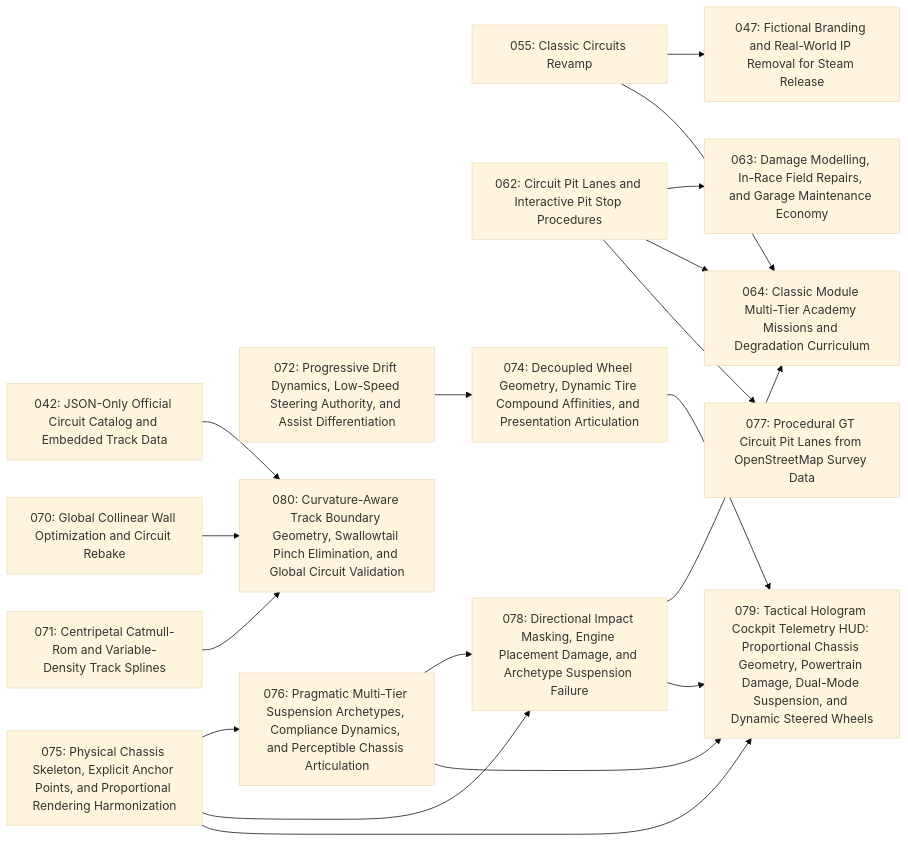
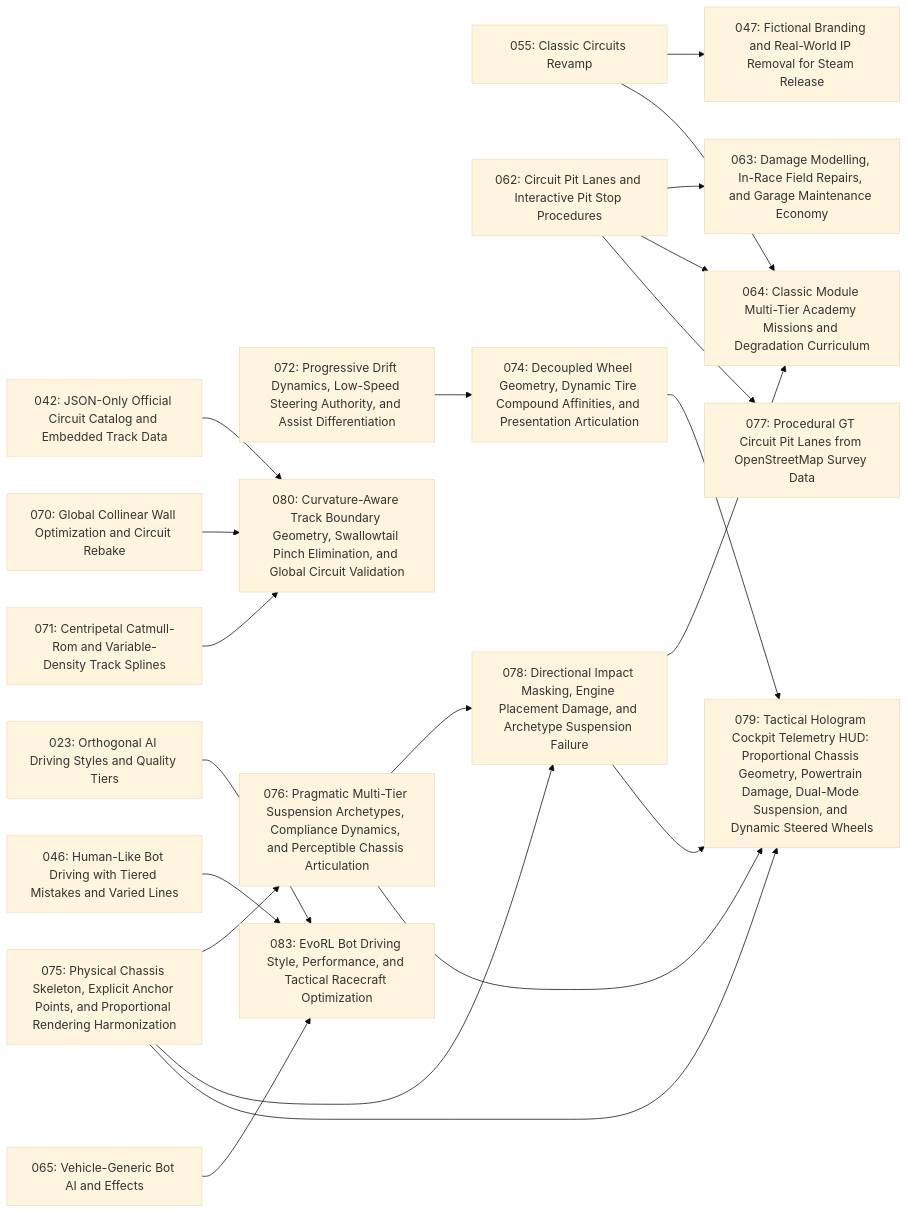
Before and after one commit to magomar/tdrace: the diagram in specs/index.md, drawn with Mermaid (base theme). The commit also changed other lines of this file and 5 other files, not shown here.

````diff
--- a/specs/index.md
+++ b/specs/index.md
@@ -107,36 +108,43 @@
 ```mermaid
 flowchart LR
+    023["023: Orthogonal AI Driving Styles and Quality Tiers"]
     042["042: JSON-Only Official Circuit Catalog and Embedded Track Data"]
+    046["046: Human-Like Bot Driving with Tiered Mistakes and Varied Lines"]
     047["047: Fictional Branding and Real-World IP Removal for Steam Release"]
     055["055: Classic Circuits Revamp"]
     062["062: Circuit Pit Lanes and Interactive Pit Stop Procedures"]
     063["063: Damage Modelling, In-Race Field Repairs, and Garage Maintenance Economy"]
     064["064: Classic Module Multi-Tier Academy Missions and Degradation Curriculum"]
+    065["065: Vehicle-Generic Bot AI and Effects"]
     070["070: Global Collinear Wall Optimization and Circuit Rebake"]
     071["071: Centripetal Catmull-Rom and Variable-Density Track Splines"]
     072["072: Progressive Drift Dynamics, Low-Speed Steering Authority, and Assist Differentiation"]
     074["074: Decoupled Wheel Geometry, Dynamic Tire Compound Affinities, and Presentation Articulation"]
     075["075: Physical Chassis Skeleton, Explicit Anchor Points, and Proportional Rendering Harmonization"]
     076["076: Pragmatic Multi-Tier Suspension Archetypes, Compliance Dynamics, and Perceptible Chassis Articulation"]
     077["077: Procedural GT Circuit Pit Lanes from OpenStreetMap Survey Data"]
     078["078: Directional Impact Masking, Engine Placement Damage, and Archetype Suspension Failure"]
     079["079: Tactical Hologram Cockpit Telemetry HUD: Proportional Chassis Geometry, Powertrain Damage, Dual-Mode Suspension, and Dynamic Steered Wheels"]
     080["080: Curvature-Aware Track Boundary Geometry, Swallowtail Pinch Elimination, and Global Circuit Validation"]
+    083["083: EvoRL Bot Driving Style, Performance, and Tactical Racecraft Optimization"]
     055 --> 047
     062 --> 063
     055 --> 064
     062 --> 064
     078 --> 064
     072 --> 074
     075 --> 076
     062 --> 077
     075 --> 078
     076 --> 078
     074 --> 079
     075 --> 079
     076 --> 079
     078 --> 079
     042 --> 080
     070 --> 080
     071 --> 080
+    023 --> 083
+    046 --> 083
+    065 --> 083
 ```
````
